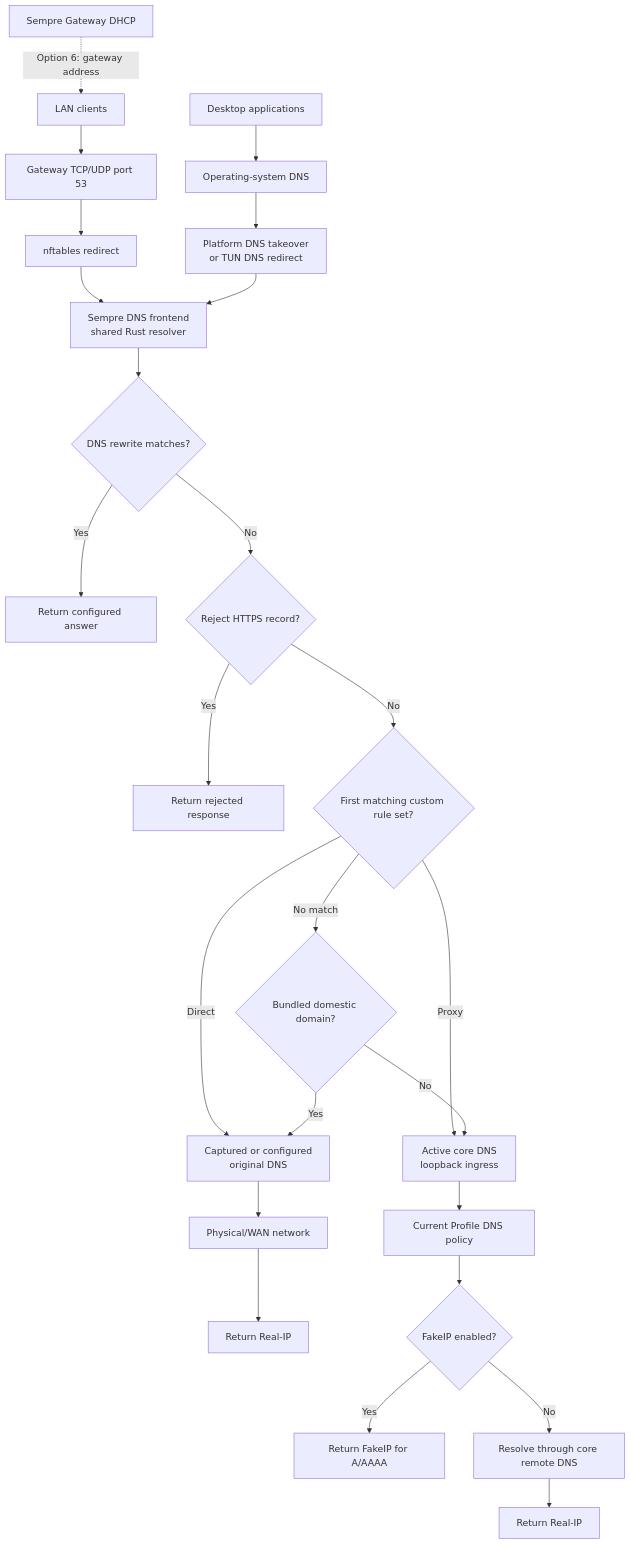
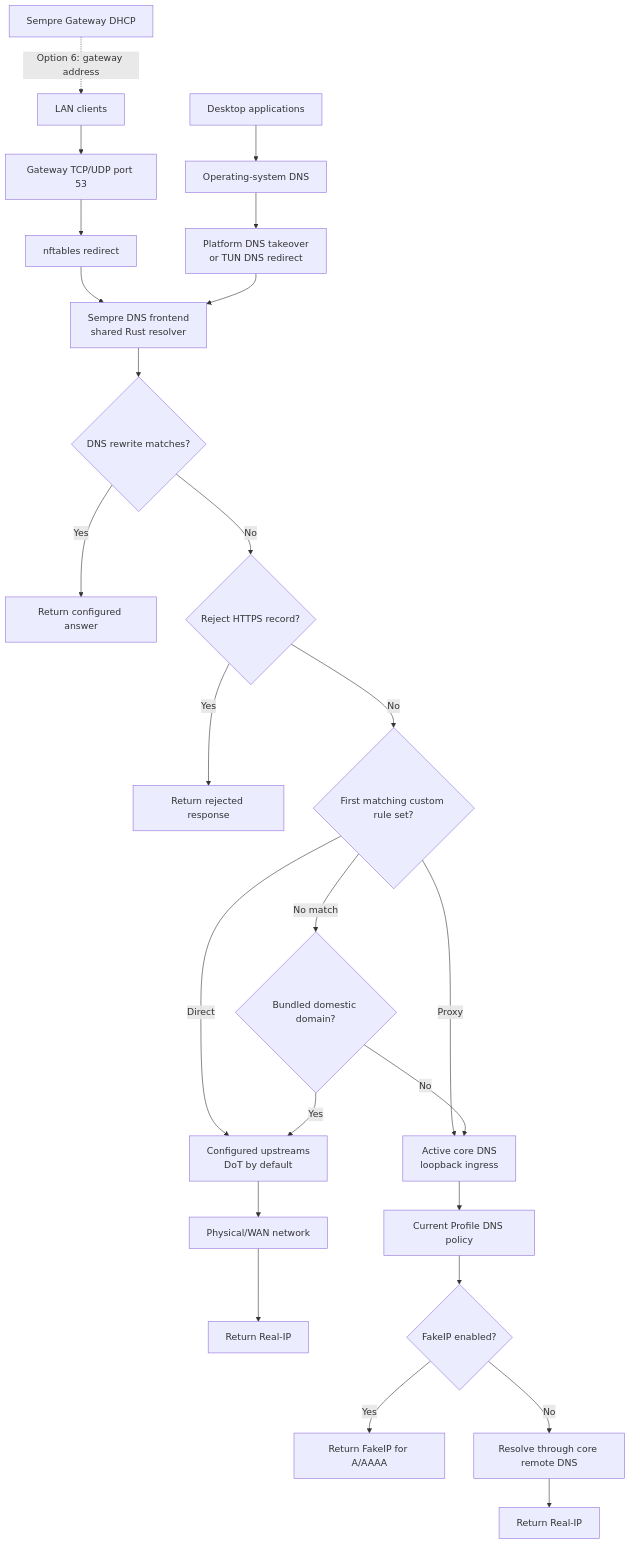
Before and after one commit to tinymins/sempre: the second of 4 diagrams in README.md, drawn with Mermaid. The commit also changed other lines of this file and 48 other files, not shown here.

First line of the commit message:
feat(dns): capture Windows DNS with configurable DoT upstreams

````diff
--- a/README.md
+++ b/README.md
@@ -256,17 +256,17 @@
 ```mermaid
 flowchart TD
     dhcp["Sempre Gateway DHCP"] -. "Option 6: gateway address" .-> lan["LAN clients"] --> gateway53["Gateway TCP/UDP port 53"] --> nft["nftables redirect"] --> frontend["Sempre DNS frontend<br/>shared Rust resolver"]
     desktop["Desktop applications"] --> system["Operating-system DNS"] --> takeover["Platform DNS takeover<br/>or TUN DNS redirect"] --> frontend
     frontend --> rewrite{"DNS rewrite matches?"}
     rewrite -- Yes --> rewritten["Return configured answer"]
     rewrite -- No --> https{"Reject HTTPS record?"}
     https -- Yes --> rejected["Return rejected response"]
     https -- No --> custom{"First matching custom rule set?"}
-    custom -- Direct --> original["Captured or configured<br/>original DNS"]
+    custom -- Direct --> original["Configured upstreams<br/>DoT by default"]
     custom -- Proxy --> core["Active core DNS<br/>loopback ingress"]
     custom -- No match --> domestic{"Bundled domestic domain?"}
     domestic -- Yes --> original --> physical["Physical/WAN network"] --> real["Return Real-IP"]
     domestic -- No --> core --> profile["Current Profile DNS policy"] --> mode{"FakeIP enabled?"}
     mode -- Yes --> fake["Return FakeIP for A/AAAA"]
     mode -- No --> remote["Resolve through core remote DNS"] --> coreReal["Return Real-IP"]
 ```
````
